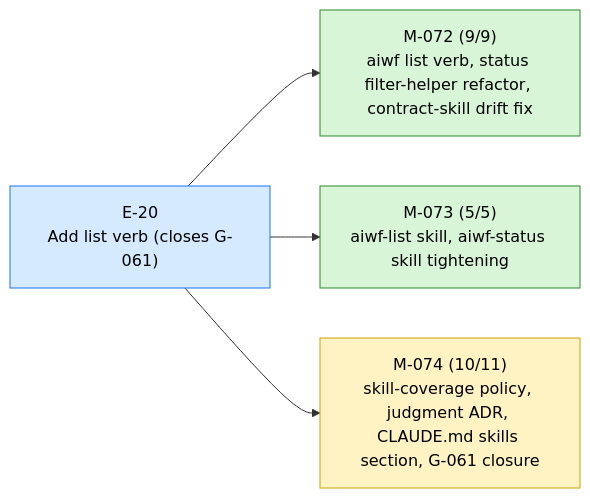
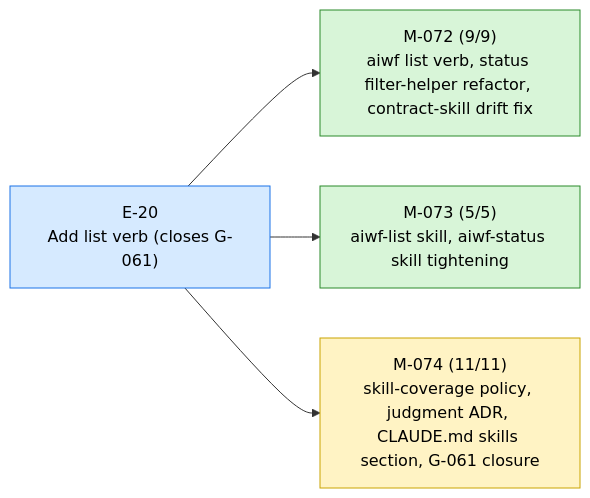
The first of 2 diagrams in STATUS.md (23min/aiwf), drawn with Mermaid before and after one commit. The commit also changed other lines of this file and 1 other file, not shown here.

````diff
--- a/STATUS.md
+++ b/STATUS.md
@@ -13,16 +13,16 @@
 ```mermaid
 flowchart LR
   E_20["E-20<br/>Add list verb (closes G-061)"]:::epic_active
   M_072["M-072 (9/9)<br/>aiwf list verb, status filter-helper refactor, contract-skill drift fix"]:::ms_done
   E_20 --> M_072
   M_073["M-073 (5/5)<br/>aiwf-list skill, aiwf-status skill tightening"]:::ms_done
   E_20 --> M_073
-  M_074["M-074 (10/11)<br/>skill-coverage policy, judgment ADR, CLAUDE.md skills section, G-061 closure"]:::ms_in_progress
+  M_074["M-074 (11/11)<br/>skill-coverage policy, judgment ADR, CLAUDE.md skills section, G-061 closure"]:::ms_in_progress
   E_20 --> M_074
   classDef epic_active fill:#d6eaff,stroke:#1a73e8,color:#000
   classDef epic_proposed fill:#f4f4f4,stroke:#888,color:#000
   classDef ms_done fill:#d8f5d8,stroke:#2a8a2a,color:#000
   classDef ms_in_progress fill:#fff3c4,stroke:#caa400,color:#000
   classDef ms_draft fill:#f4f4f4,stroke:#888,color:#000
   classDef ms_cancelled fill:#fbeaea,stroke:#c33,color:#000
 ```
````
